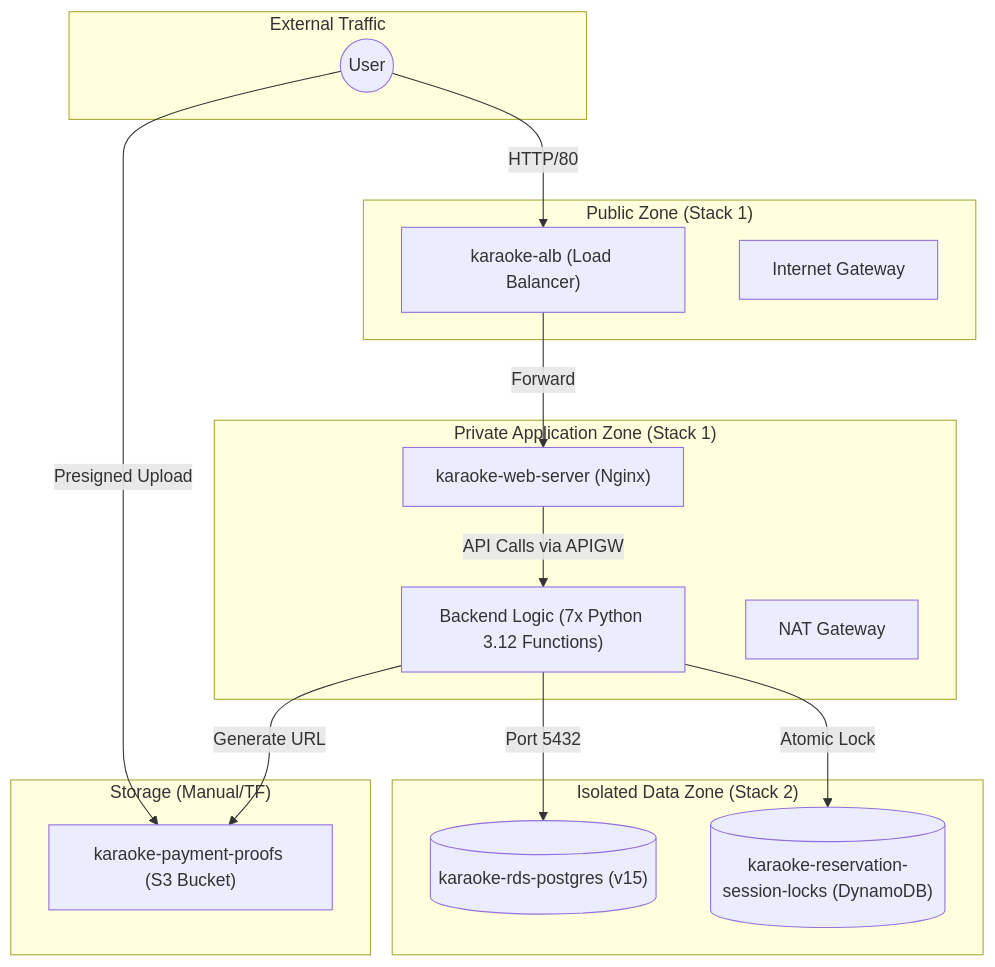
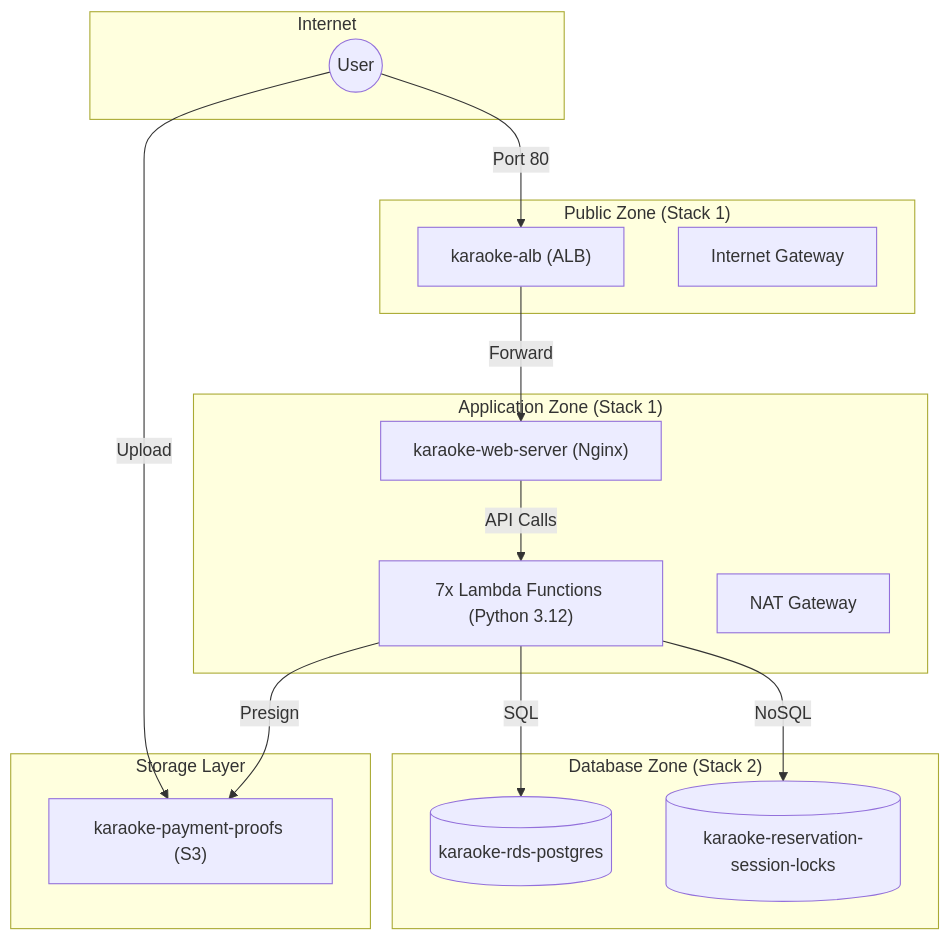
The diagram in README.md (MchyOzik/karaoke-reservation), drawn with Mermaid before and after one commit.

Commit message:
fix: resolve mermaid rendering issue on github

````diff
--- a/README.md
+++ b/README.md
@@ -5,35 +5,35 @@
 ```mermaid
-graph TD
-    subgraph Internet ["External Traffic"]
+flowchart TD
+    subgraph Internet ["Internet"]
         User((User))
     end
 
     subgraph Public_Zone ["Public Zone (Stack 1)"]
-        ALB["karaoke-alb (Load Balancer)"]
+        ALB["karaoke-alb (ALB)"]
         IGW["Internet Gateway"]
     end
 
-    subgraph Private_App_Zone ["Private Application Zone (Stack 1)"]
+    subgraph App_Zone ["Application Zone (Stack 1)"]
         EC2["karaoke-web-server (Nginx)"]
-        Lambda["Backend Logic (7x Python 3.12 Functions)"]
+        Lambda["7x Lambda Functions (Python 3.12)"]
         NAT["NAT Gateway"]
     end
 
-    subgraph Isolated_Data_Zone ["Isolated Data Zone (Stack 2)"]
-        RDS[("karaoke-rds-postgres (v15)")]
-        DDB[("karaoke-reservation-session-locks (DynamoDB)")]
+    subgraph Data_Zone ["Database Zone (Stack 2)"]
+        RDS[("karaoke-rds-postgres")]
+        DDB[("karaoke-reservation-session-locks")]
     end
 
-    subgraph Storage ["Storage (Manual/TF)"]
-        S3["karaoke-payment-proofs (S3 Bucket)"]
+    subgraph Storage_Zone ["Storage Layer"]
+        S3["karaoke-payment-proofs (S3)"]
     end
 
     %% Connections
-    User -->|HTTP/80| ALB
+    User -->|Port 80| ALB
     ALB -->|Forward| EC2
-    EC2 -->|API Calls via APIGW| Lambda
-    Lambda -->|Port 5432| RDS
-    Lambda -->|Atomic Lock| DDB
-    User -->|Presigned Upload| S3
-    Lambda -->|Generate URL| S3
+    EC2 -->|API Calls| Lambda
+    Lambda -->|SQL| RDS
+    Lambda -->|NoSQL| DDB
+    User -->|Upload| S3
+    Lambda -->|Presign| S3
 ```
````
